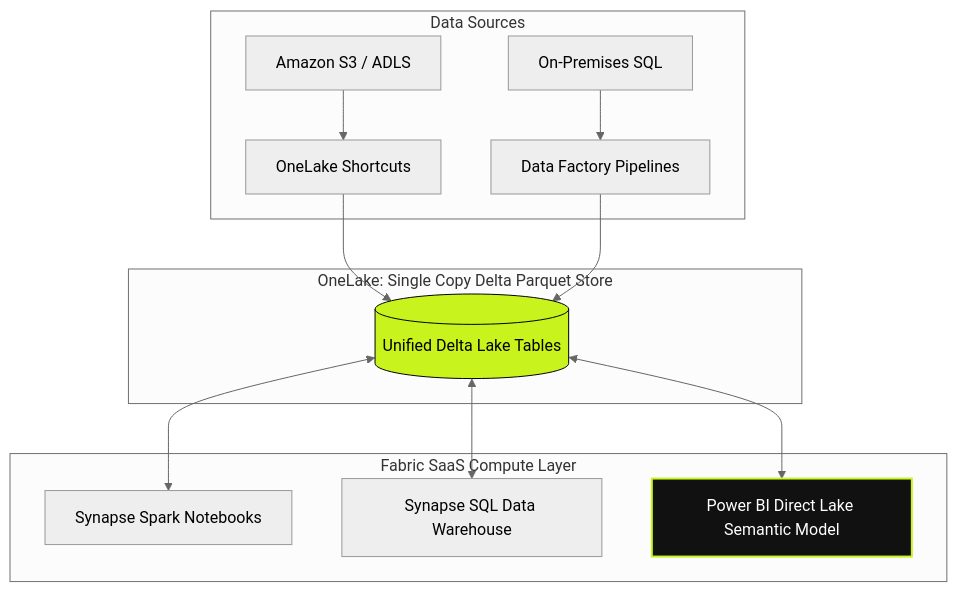
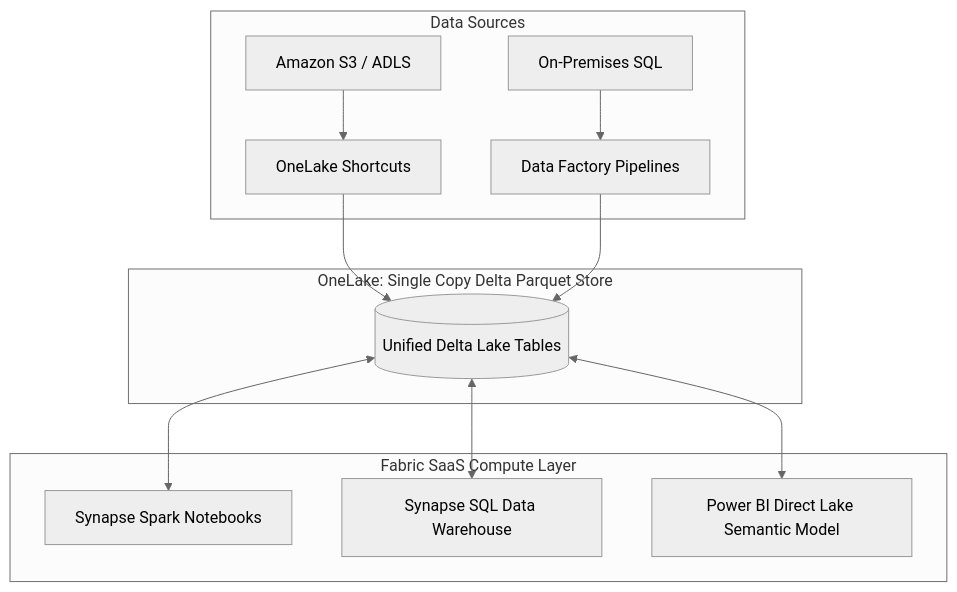
One commit to sabledattatray/dattasable changed the first of 3 diagrams in BLOG_ARTICLE_MICROSOFT_FABRIC_GUIDE.md. Above: the diagram before and after it, drawn with Mermaid (neutral theme). The commit also changed 1 other file, not shown here.

Commit message:
style(blog): remove custom node styling overrides in Fabric flowchart

````diff
--- a/BLOG_ARTICLE_MICROSOFT_FABRIC_GUIDE.md
+++ b/BLOG_ARTICLE_MICROSOFT_FABRIC_GUIDE.md
@@ -28,21 +28,18 @@
 ```mermaid
 flowchart TD
     subgraph Data Sources
         OnPrem[On-Premises SQL] --> Ingest[Data Factory Pipelines]
         CloudS3[Amazon S3 / ADLS] --> Shortcut[OneLake Shortcuts]
     end
 
     subgraph OneLake [OneLake: Single Copy Delta Parquet Store]
         Shortcut --> TableStorage[(Unified Delta Lake Tables)]
         Ingest --> TableStorage
     end
 
     subgraph Computing Engines [Fabric SaaS Compute Layer]
         TableStorage <--> Spark[Synapse Spark Notebooks]
         TableStorage <--> SQL[Synapse SQL Data Warehouse]
         TableStorage <--> BI[Power BI Direct Lake Semantic Model]
     end
-
-    style TableStorage fill:#c9f31d,stroke:#000000,color:#000000
-    style BI fill:#111111,stroke:#c9f31d,stroke-width:2px,color:#ffffff
 ```
````
